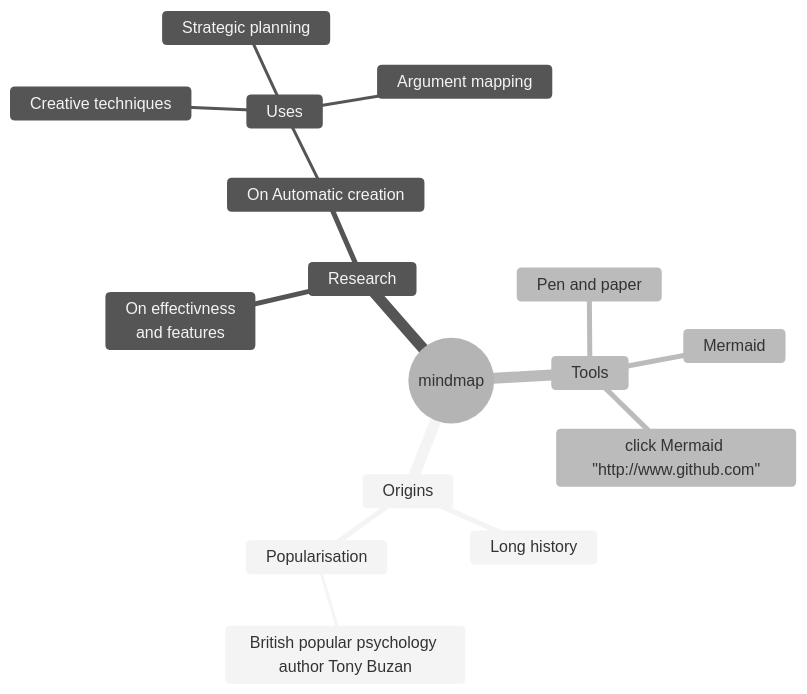
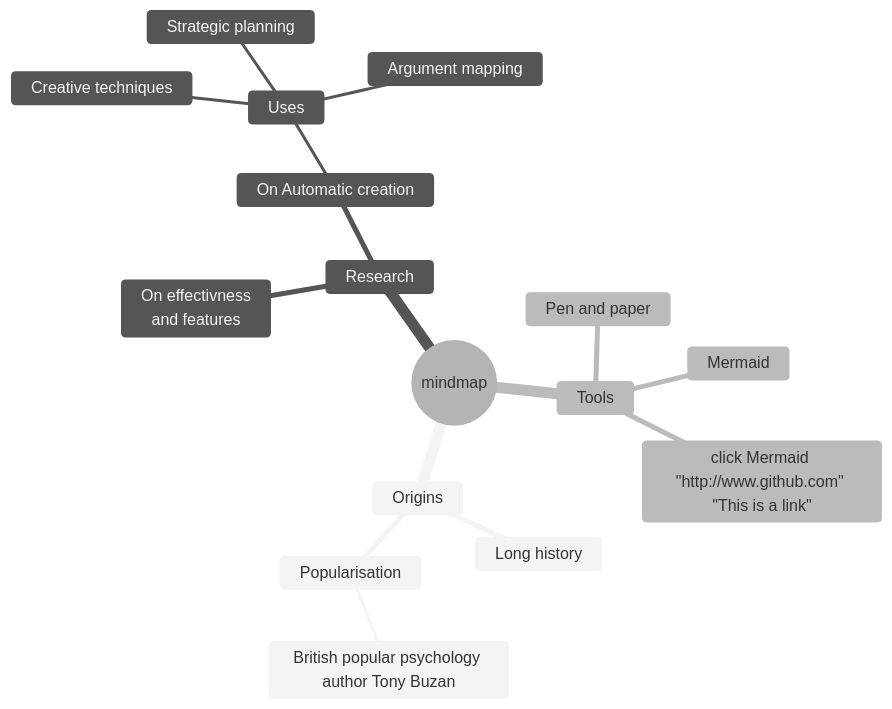
The diagram in test1.md (aghazadehm/test), drawn with Mermaid (neutral theme) before and after one commit.

````diff
--- a/test1.md
+++ b/test1.md
@@ -1,20 +1,20 @@
 ```mermaid
 mindmap
   root((mindmap))
     Origins
       Long history
       ::icon(fa fa-book)
       Popularisation
         British popular psychology author Tony Buzan
     Research
       On effectivness<br/>and features
       On Automatic creation
         Uses
             Creative techniques
             Strategic planning
             Argument mapping
     Tools
       Pen and paper
       Mermaid
-      click Mermaid "http://www.github.com"
+      click Mermaid "http://www.github.com" "This is a link"
 ```
````
